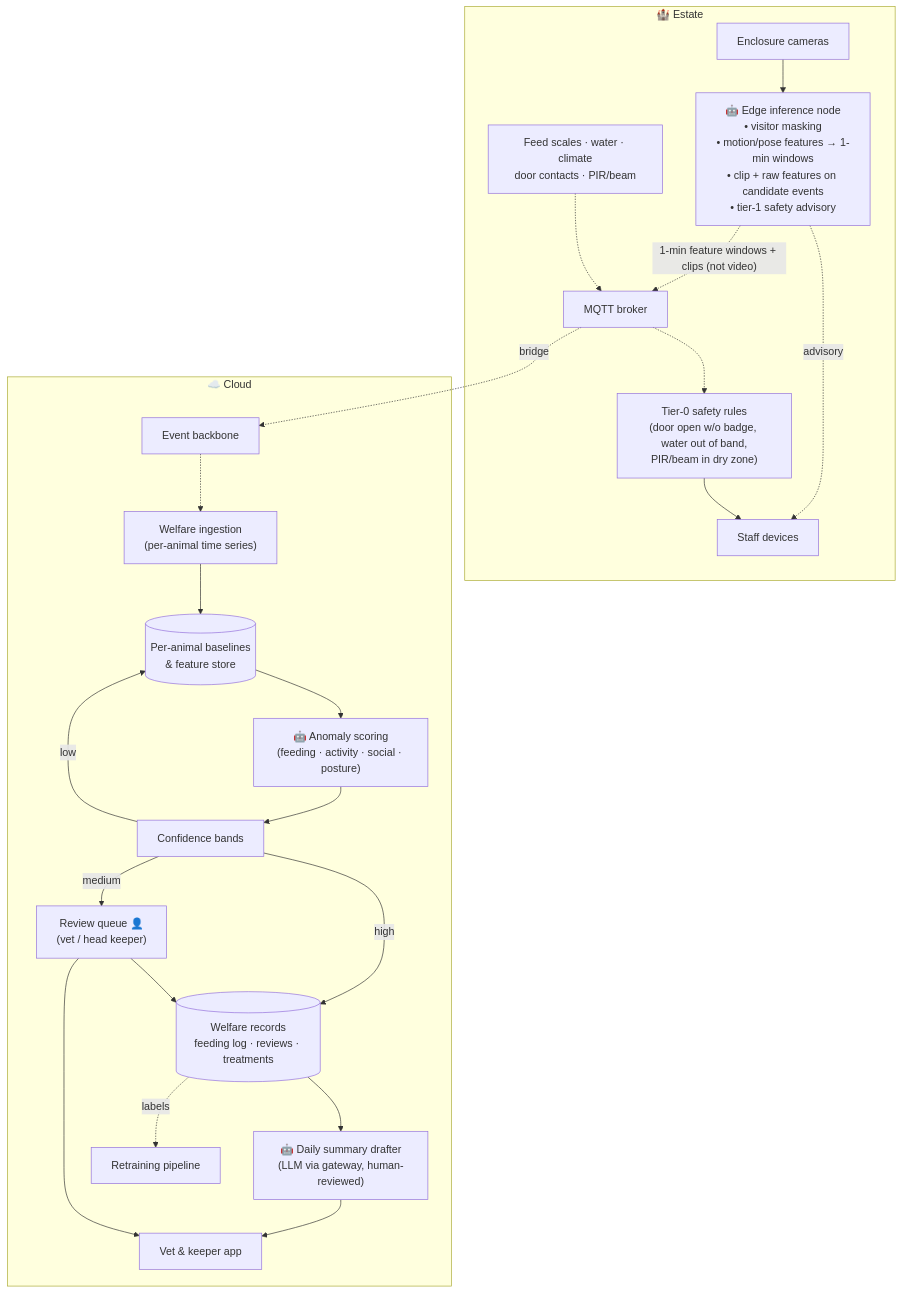
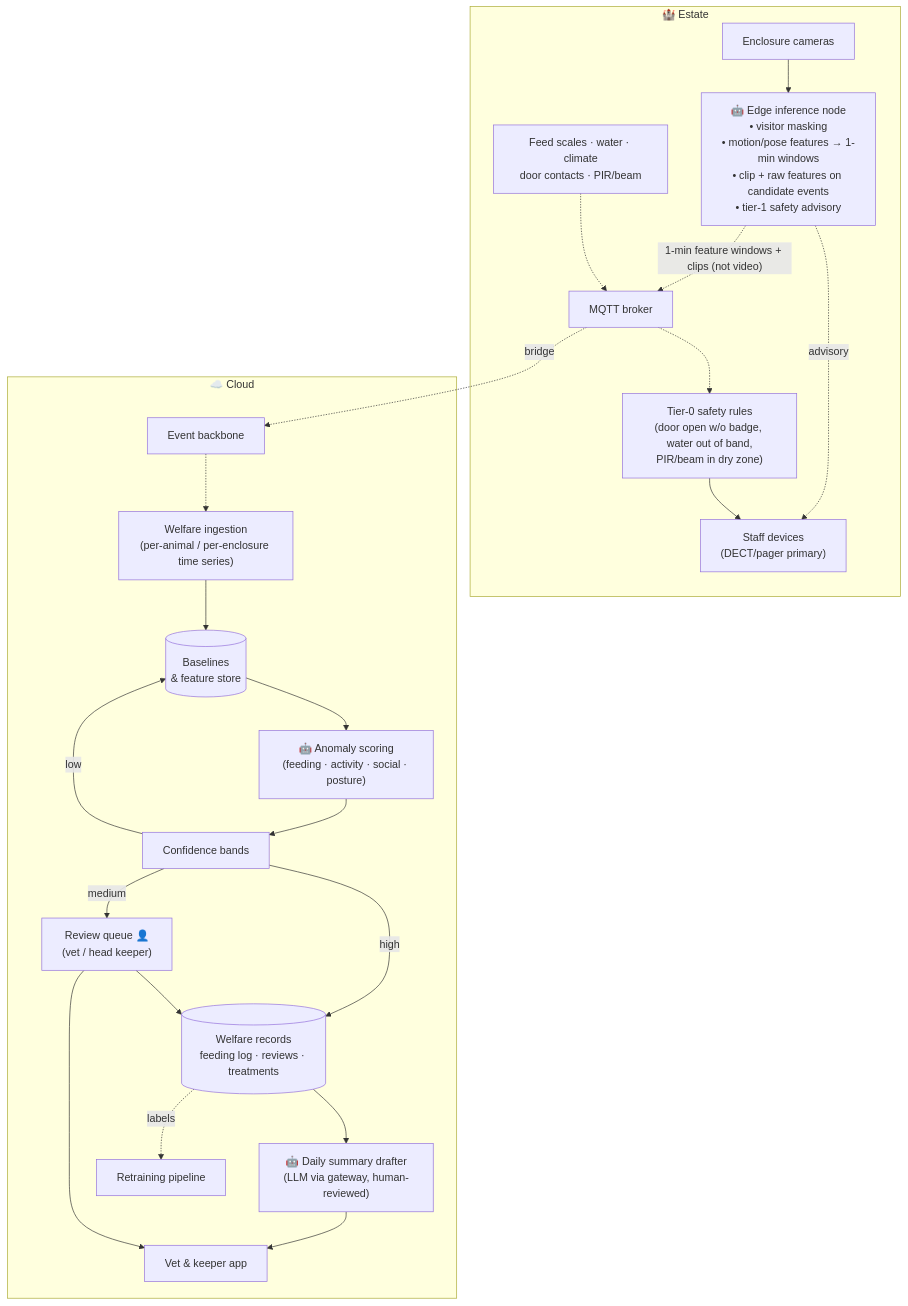
Before and after one commit to kr0k/katas: the diagram in hld/scenarios/animal-welfare-monitoring/README.md, drawn with Mermaid. The commit also changed other lines of this file and 27 other files, not shown here.

````diff
--- a/hld/scenarios/animal-welfare-monitoring/README.md
+++ b/hld/scenarios/animal-welfare-monitoring/README.md
@@ -22,36 +33,36 @@
 ```mermaid
 flowchart TB
     subgraph Estate["🏰 Estate"]
         Cam["Enclosure cameras"]
         Sens["Feed scales · water · climate<br/>door contacts · PIR/beam"]
         Edge["🤖 Edge inference node<br/>• visitor masking<br/>• motion/pose features → 1-min windows<br/>• clip + raw features on candidate events<br/>• tier-1 safety advisory"]
         Broker["MQTT broker"]
         Rules["Tier-0 safety rules<br/>(door open w/o badge, water out of band,<br/>PIR/beam in dry zone)"]
-        Staff["Staff devices"]
+        Staff["Staff devices<br/>(DECT/pager primary)"]
         Cam --> Edge
         Edge -. "1-min feature windows + clips (not video)" .-> Broker
         Edge -. "advisory" .-> Staff
         Sens -.-> Broker
         Broker -.-> Rules --> Staff
     end
     Broker -. "bridge" .-> Bus
     subgraph Cloud["☁️ Cloud"]
         Bus["Event backbone"]
-        Ing["Welfare ingestion<br/>(per-animal time series)"]
-        Base[("Per-animal baselines<br/>& feature store")]
+        Ing["Welfare ingestion<br/>(per-animal / per-enclosure time series)"]
+        Base[("Baselines<br/>& feature store")]
         Anom["🤖 Anomaly scoring<br/>(feeding · activity · social · posture)"]
         Bands["Confidence bands"]
         Queue["Review queue 👤<br/>(vet / head keeper)"]
         Rec[("Welfare records<br/>feeding log · reviews · treatments")]
         Sum["🤖 Daily summary drafter<br/>(LLM via gateway, human-reviewed)"]
         Dash["Vet & keeper app"]
         Bus -.-> Ing --> Base --> Anom --> Bands
         Bands -- "high" --> Rec
         Bands -- "medium" --> Queue
         Bands -- "low" --> Base
         Queue --> Rec
         Rec --> Sum --> Dash
         Queue --> Dash
         Rec -. "labels" .-> Train["Retraining pipeline"]
     end
 ```
````
